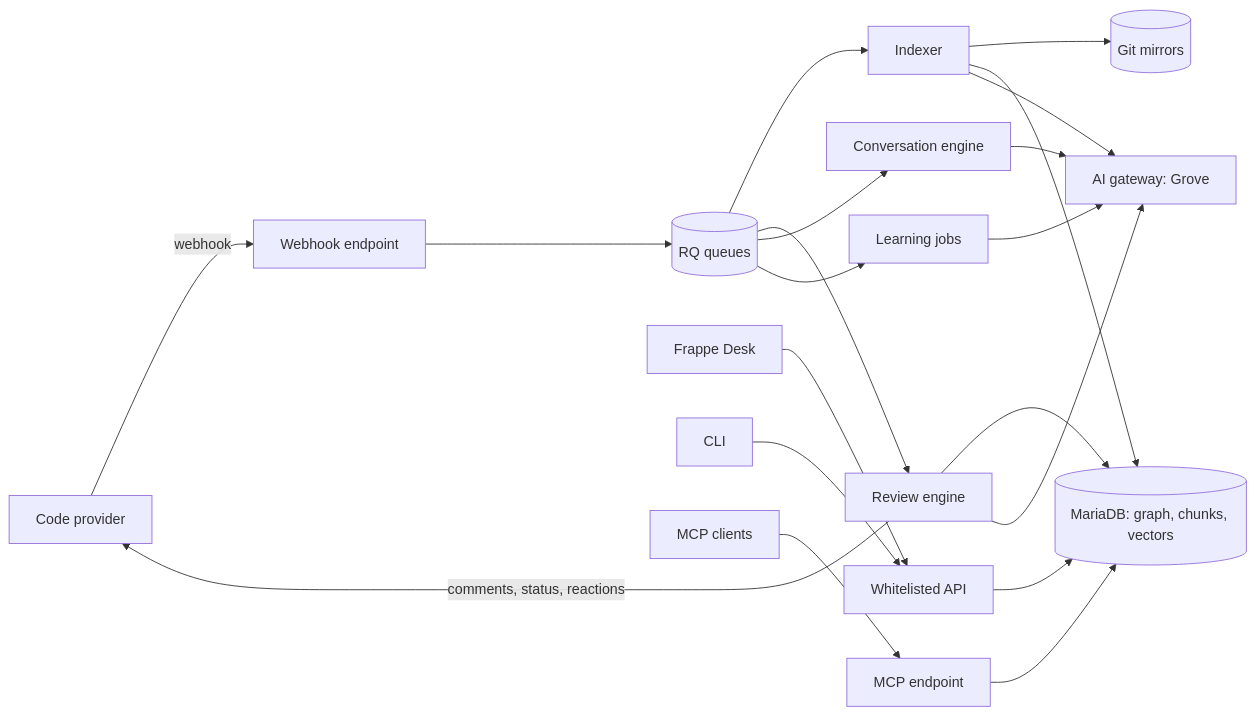
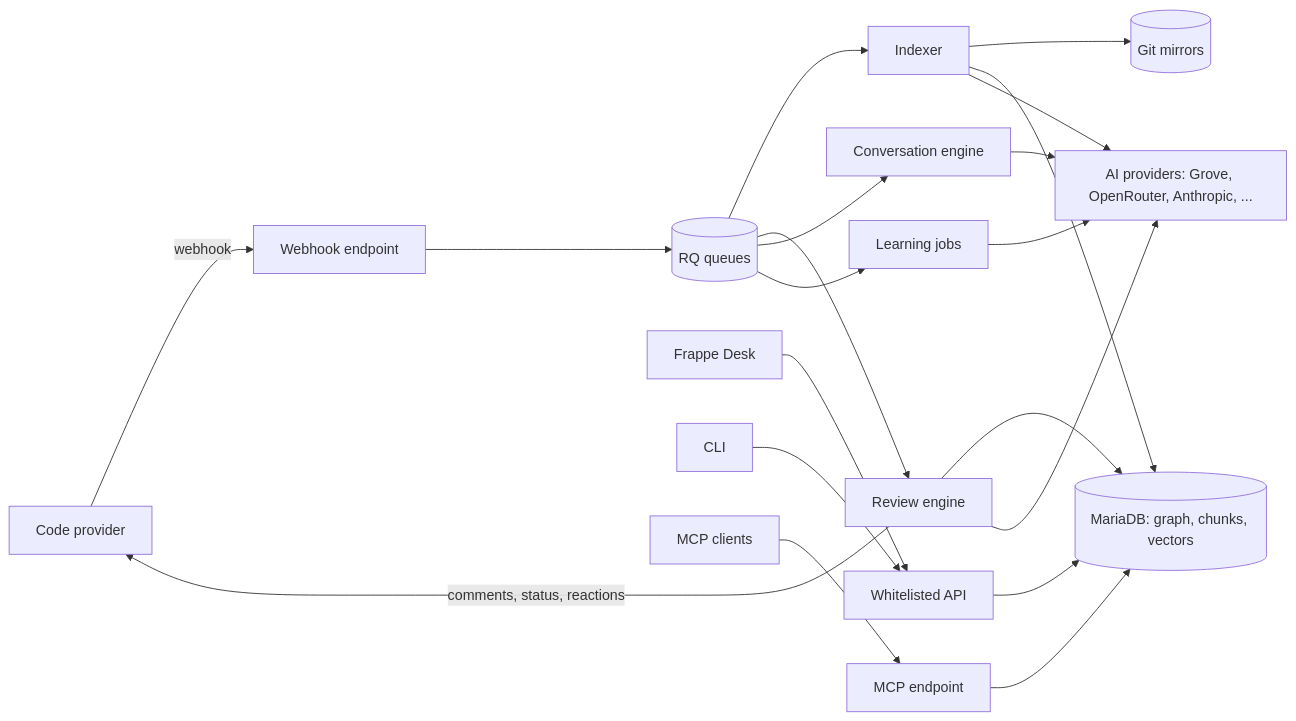
The diagram in docs/spec/02-architecture.md (frappe/guard), drawn with Mermaid before and after one commit. The commit also changed other lines of this file and 31 other files, not shown here.

````diff
--- a/docs/spec/02-architecture.md
+++ b/docs/spec/02-architecture.md
@@ -5,22 +5,22 @@
 ```mermaid
 flowchart LR
     SCM[Code provider] -- webhook --> WH[Webhook endpoint]
     WH --> Q[(RQ queues)]
     Q --> IDX[Indexer]
     Q --> REV[Review engine]
     Q --> CONV[Conversation engine]
     Q --> LRN[Learning jobs]
     IDX --> GIT[(Git mirrors)]
     IDX --> DB[(MariaDB: graph, chunks, vectors)]
     REV --> DB
-    REV --> GW[AI gateway: Grove]
+    REV --> GW[AI providers: Grove, OpenRouter, Anthropic, ...]
     CONV --> GW
     LRN --> GW
     IDX --> GW
     REV -- comments, status, reactions --> SCM
     UI[Frappe Desk] --> API[Whitelisted API]
     CLI[CLI] --> API
     MCP[MCP clients] --> MCPS[MCP endpoint]
     API --> DB
     MCPS --> DB
 ```
````
